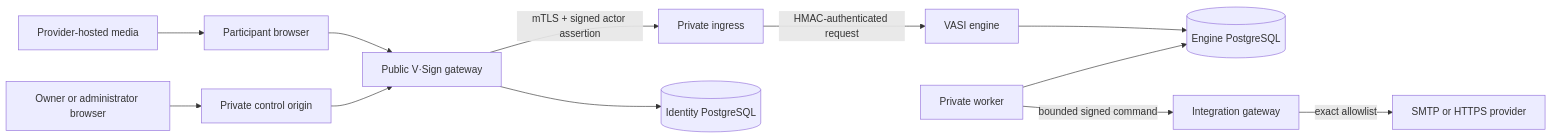
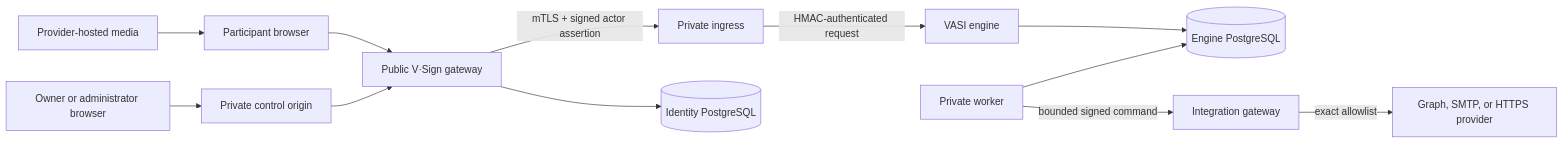
The diagram in docs/assurance-and-pilot-readiness.md (AznIronMan/VASI), drawn with Mermaid before and after one commit. The commit also changed other lines of this file and 30 other files, not shown here.

Commit message:
Add governed Microsoft Graph workflow delivery

````diff
--- a/docs/assurance-and-pilot-readiness.md
+++ b/docs/assurance-and-pilot-readiness.md
@@ -11,14 +11,14 @@
 ```mermaid
 flowchart LR
   participant["Participant browser"] --> gateway["Public V·Sign gateway"]
   owner["Owner or administrator browser"] --> private_ui["Private control origin"]
   private_ui --> gateway
   gateway -->|"mTLS + signed actor assertion"| ingress["Private ingress"]
   ingress -->|"HMAC-authenticated request"| engine["VASI engine"]
   engine --> engine_db[("Engine PostgreSQL")]
   gateway --> auth_db[("Identity PostgreSQL")]
   worker["Private worker"] --> engine_db
   worker -->|"bounded signed command"| integration["Integration gateway"]
-  integration -->|"exact allowlist"| provider["SMTP or HTTPS provider"]
+  integration -->|"exact allowlist"| provider["Graph, SMTP, or HTTPS provider"]
   media["Provider-hosted media"] --> participant
 ```
````
